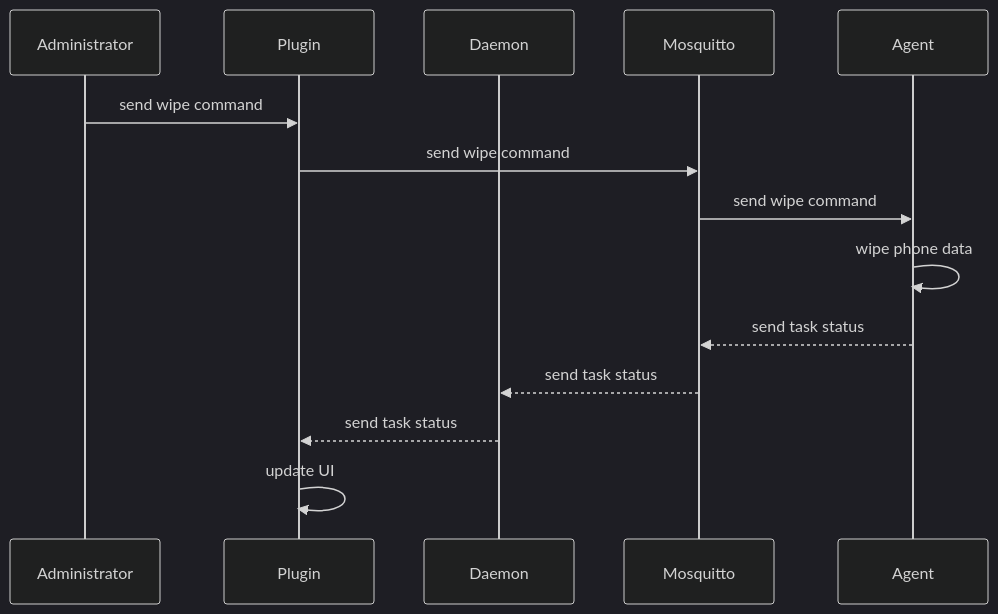
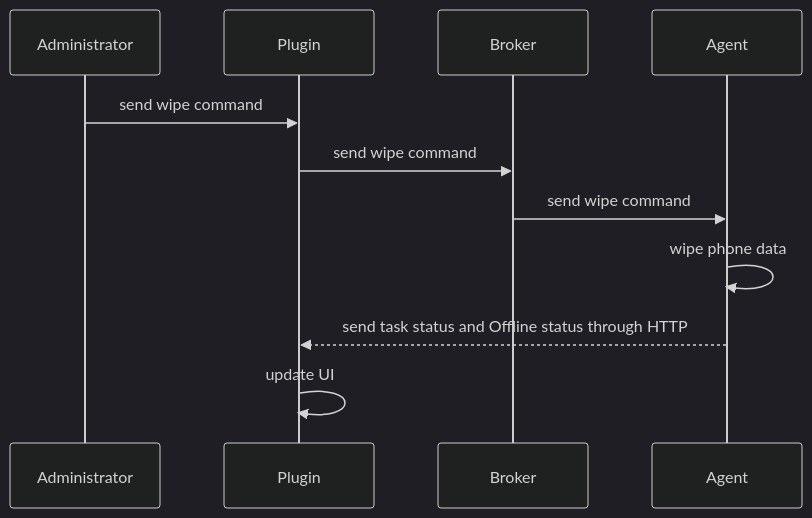
Before and after one commit to flyve-mdm/doc: the tenth of 14 diagrams in source/contribute/diagrams.rst, drawn with Mermaid (dark theme). The commit also changed other lines of this file, not shown here.

First line of the commit message:
docs(uml): add fcm diagrams

```diff
--- a/source/contribute/diagrams.rst
+++ b/source/contribute/diagrams.rst
@@ -168,16 +215,13 @@
 .. mermaid::
 
    sequenceDiagram
     participant A as Administrator
     participant P as Plugin
-    participant D as Daemon
-    participant M as Mosquitto
+    participant B as Broker
     participant Ag as Agent
     A->>P: send wipe command
-    P->>M: send wipe command
-    M->>Ag: send wipe command
+    P->>B: send wipe command
+    B->>Ag: send wipe command
     Ag->>Ag: wipe phone data
-    Ag-->>M: send task status
-    M-->>D: send task status
-    D-->>P: send task status
+    Ag-->>P: send task status and Offline status through HTTP
     P->>P: update UI
```
